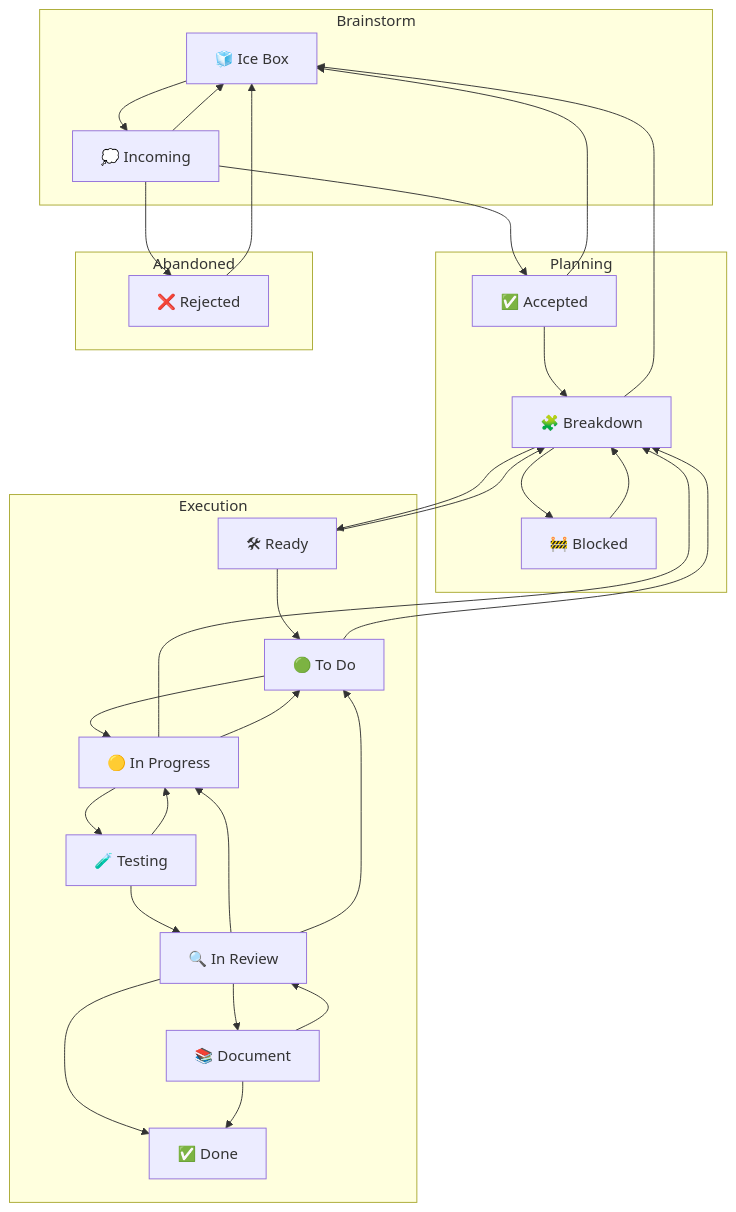
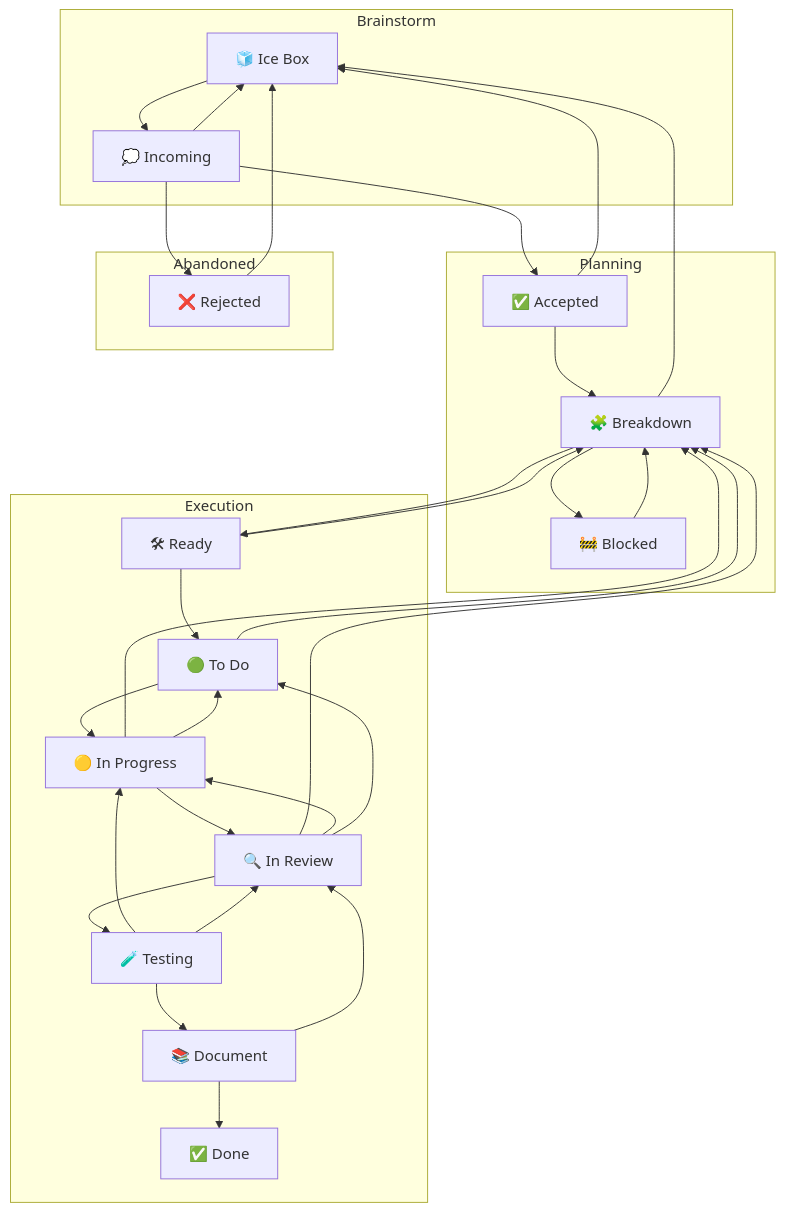
Before and after one commit to octave-commons/promethean: the diagram in docs/agile/process.md, drawn with Mermaid. The commit also changed other lines of this file and 49 other files, not shown here.

````diff
--- a/docs/agile/process.md
+++ b/docs/agile/process.md
@@ -60,67 +60,68 @@
 ```mermaid
 flowchart TD
 
   %% ====== Lanes ======
   subgraph Brainstorm
     IceBox["🧊 Ice Box"]
     Incoming["💭 Incoming"]
   end
 
   subgraph Planning
     Accepted["✅ Accepted"]
     Breakdown["🧩 Breakdown"]
     Blocked["🚧 Blocked"]
   end
 
   subgraph Execution
     Ready["🛠 Ready"]
     Todo["🟢 To Do"]
     InProgress["🟡 In Progress"]
     Testing["🧪 Testing"]
     InReview["🔍 In Review"]
     Document["📚 Document"]
     Done["✅ Done"]
   end
 
   subgraph Abandoned
     Rejected["❌ Rejected"]
   end
 
   %% ====== Forward flow ======
   IceBox --> Incoming
   Incoming --> Accepted
   Incoming --> Rejected
   Incoming --> IceBox
   Accepted --> Breakdown
   Breakdown --> Ready
   Ready --> Todo
   Todo --> InProgress
-  InProgress --> Testing
-  Testing --> InReview
-  InReview --> Document
-  InReview --> Done
+  InProgress --> InReview
+  InReview --> Testing
+  Testing --> Document
   Document --> Done
 
   %% ====== Cycles back to Planning / queue ======
   Ready --> Breakdown
   Todo --> Breakdown
   InProgress --> Breakdown
+  InReview --> Breakdown
   Testing --> InProgress
 
   %% ====== Session-end, no-PR handoff ======
   InProgress --> Todo
   Document --> InReview
 
   %% ====== Review crossroads (re-open work) ======
   InReview --> InProgress
   InReview --> Todo
+  Testing --> InReview
 
   %% ====== Defer / archive loops ======
   Accepted --> IceBox
   Breakdown --> IceBox
   Rejected --> IceBox
 
   %% ====== Blocked (narrow, explicit dependency) ======
   Breakdown --> Blocked
   Blocked --> Breakdown
 ```
````
